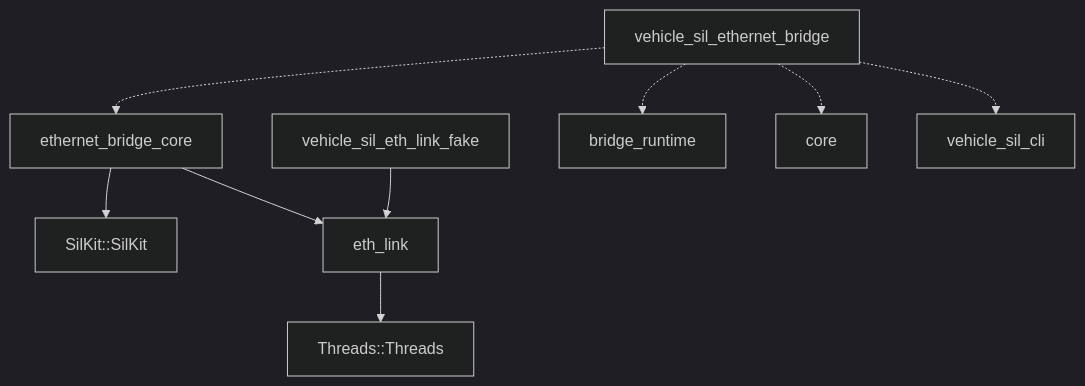
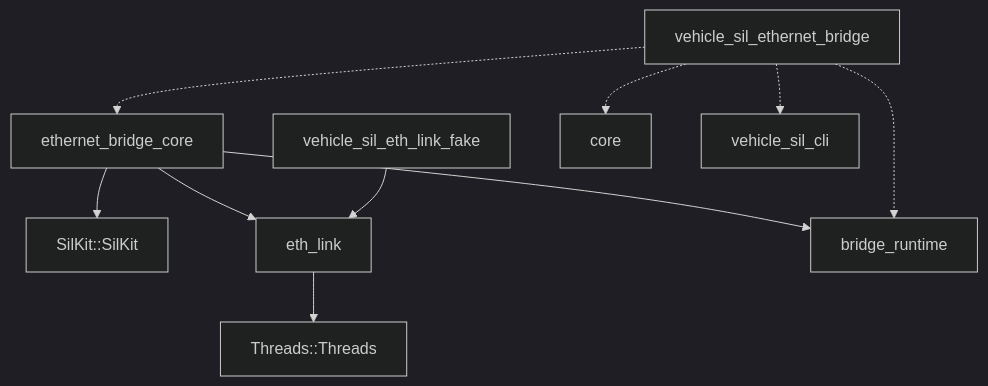
One commit to rahanahu/vehicle-sil changed the second of 2 diagrams in docs/code-map-bridges.md. Above: the diagram before and after it, drawn with Mermaid (dark theme). The commit also changed other lines of this file and 48 other files, not shown here.

````diff
--- a/docs/code-map-bridges.md
+++ b/docs/code-map-bridges.md
@@ -169,11 +174,12 @@
 ```mermaid
 flowchart TD
     ethernet_bridge_core --> SilKit["SilKit::SilKit"]
     ethernet_bridge_core --> eth_link
+    ethernet_bridge_core --> bridge_runtime
     eth_link --> Threads["Threads::Threads"]
     vehicle_sil_eth_link_fake --> eth_link
     vehicle_sil_ethernet_bridge -.-> ethernet_bridge_core
     vehicle_sil_ethernet_bridge -.-> bridge_runtime
     vehicle_sil_ethernet_bridge -.-> core
     vehicle_sil_ethernet_bridge -.-> vehicle_sil_cli
 ```
````
